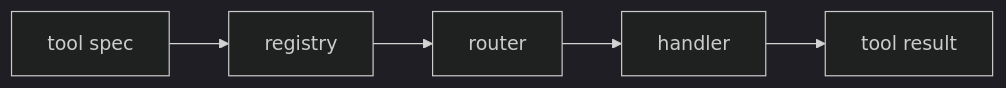
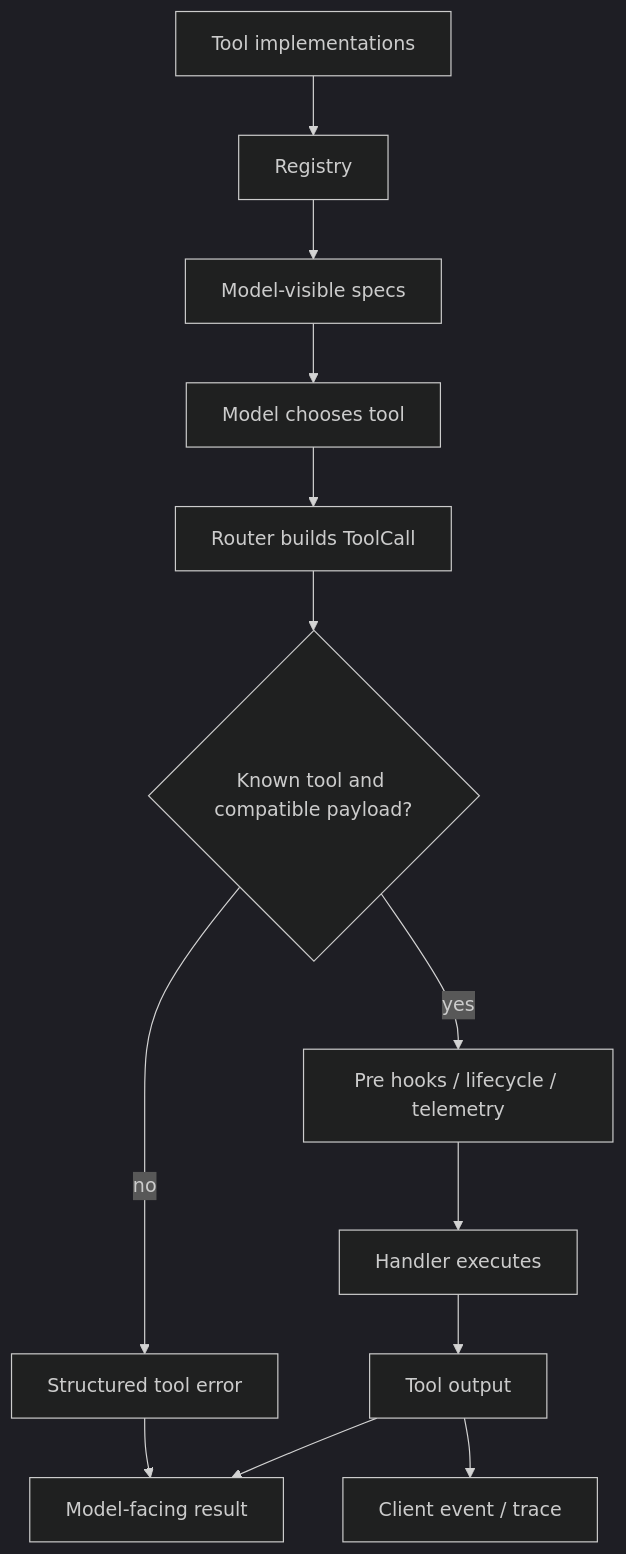
Before and after one commit to shihao-zhang/learn-codex: the diagram in chapters/s03_tool_registry_dispatch/diagram.mmd, drawn with Mermaid (dark theme). The commit also changed other lines of this file and 43 other files, not shown here.

```diff
--- a/chapters/s03_tool_registry_dispatch/diagram.mmd
+++ b/chapters/s03_tool_registry_dispatch/diagram.mmd
@@ -1,5 +1,13 @@
-flowchart LR
-    A["tool spec"] --> B["registry"]
-    B --> C["router"]
-    C --> D["handler"]
-    D --> E["tool result"]
+flowchart TD
+    A["Tool implementations"] --> B["Registry"]
+    B --> C["Model-visible specs"]
+    C --> D["Model chooses tool"]
+    D --> E["Router builds ToolCall"]
+    E --> F{"Known tool and compatible payload?"}
+    F -->|yes| G["Pre hooks / lifecycle / telemetry"]
+    G --> H["Handler executes"]
+    H --> I["Tool output"]
+    I --> J["Model-facing result"]
+    I --> K["Client event / trace"]
+    F -->|no| L["Structured tool error"]
+    L --> J
```
